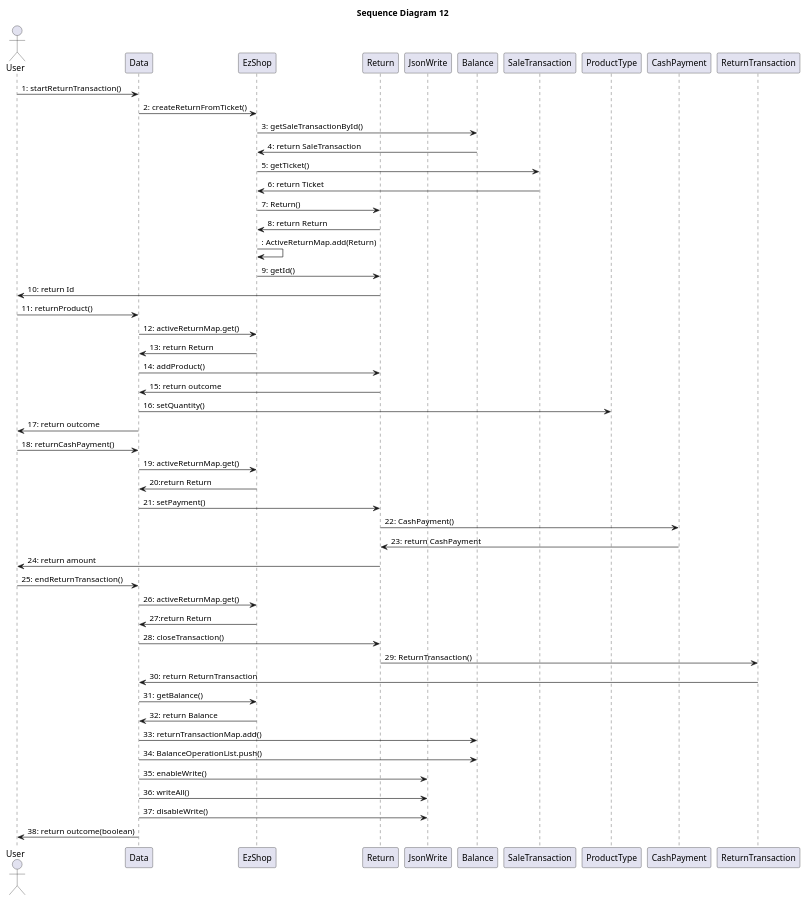
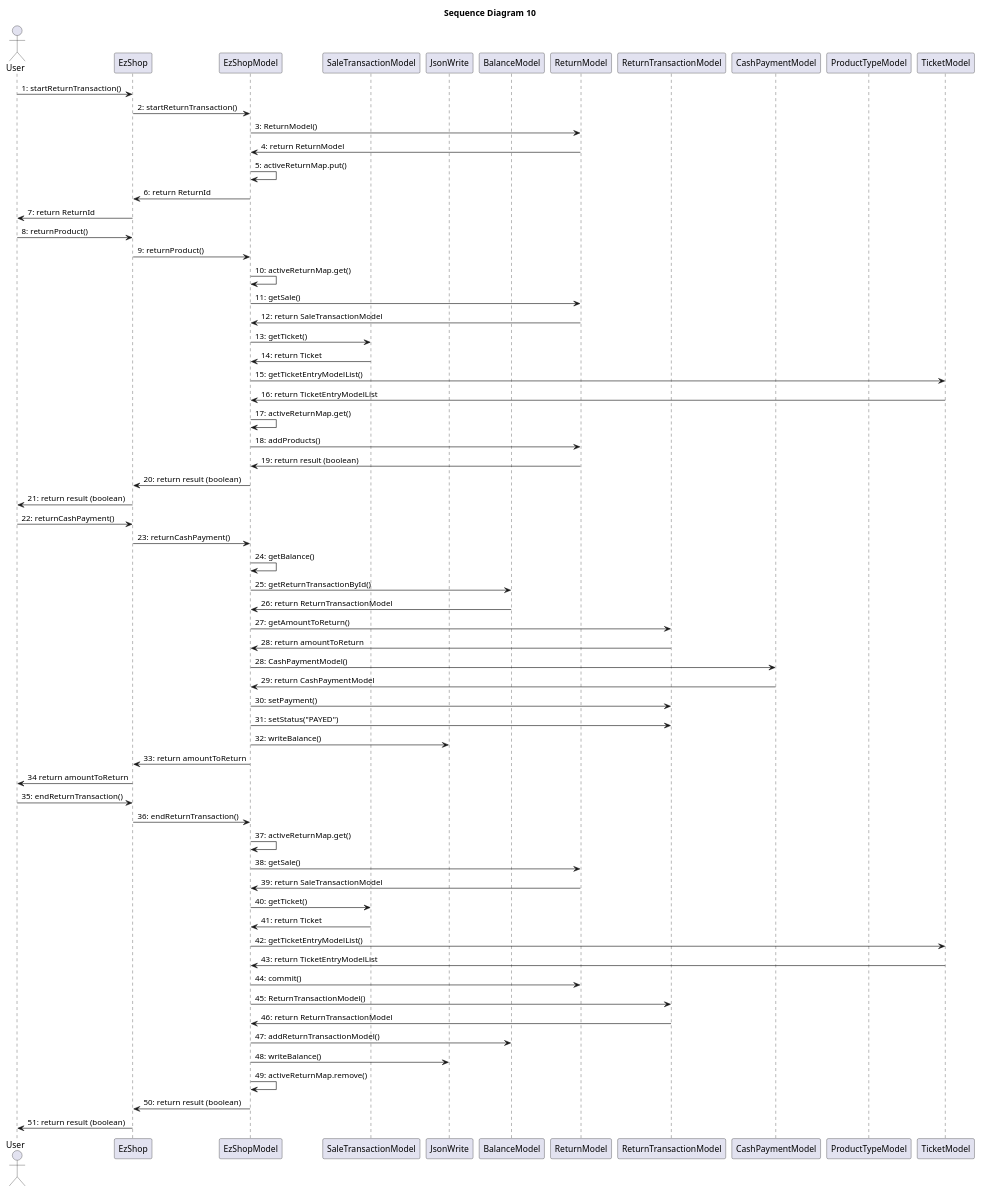
Before and after one commit to paolotron/EzshoProject31: diagram 14 of 15 in Deliverables/DesignDocument.md, drawn with PlantUML.

Commit message:
updating mostro3

````diff
--- a/Deliverables/DesignDocument.md
+++ b/Deliverables/DesignDocument.md
@@ -713,50 +713,72 @@
 ```plantuml
 @startuml
-title "Sequence Diagram 12"
+title "Sequence Diagram 10"
 actor User
-participant Data
-participant EzShop
-participant Return
+participant EzShop as E
+participant EzShopModel as EM
+participant SaleTransactionModel as SM
 participant JsonWrite as JW
+participant BalanceModel as B
+participant ReturnModel as R
+participant ReturnTransactionModel as RM
+participant CashPaymentModel as CM
+participant ProductTypeModel as PM
+participant TicketModel as T
 
-User -> Data: 1: startReturnTransaction()
-Data -> EzShop: 2: createReturnFromTicket()
-EzShop -> Balance: 3: getSaleTransactionById()
-Balance -> EzShop: 4: return SaleTransaction
-EzShop -> SaleTransaction: 5: getTicket()
-SaleTransaction -> EzShop: 6: return Ticket
-EzShop -> Return: 7: Return()
-Return -> EzShop: 8: return Return
-EzShop -> EzShop: : ActiveReturnMap.add(Return)
-EzShop -> Return: 9: getId()
-Return -> User: 10: return Id
-User -> Data: 11: returnProduct()
-Data -> EzShop: 12: activeReturnMap.get()
-EzShop -> Data: 13: return Return
-Data -> Return: 14: addProduct()
-Return -> Data: 15: return outcome
-Data -> ProductType: 16: setQuantity()
-Data -> User: 17: return outcome
-User -> Data: 18: returnCashPayment()
-Data -> EzShop: 19: activeReturnMap.get()
-EzShop -> Data: 20:return Return
-Data -> Return: 21: setPayment()
-Return -> CashPayment: 22: CashPayment()
-CashPayment -> Return: 23: return CashPayment
-Return -> User: 24: return amount
-User -> Data: 25: endReturnTransaction()
-Data -> EzShop: 26: activeReturnMap.get()
-EzShop -> Data: 27:return Return
-Data -> Return: 28: closeTransaction()
-Return -> ReturnTransaction: 29: ReturnTransaction()
-ReturnTransaction -> Data: 30: return ReturnTransaction
-Data -> EzShop: 31: getBalance()
-EzShop -> Data: 32: return Balance
-Data -> Balance: 33: returnTransactionMap.add()
-Data -> Balance: 34: BalanceOperationList.push()
-Data -> JW: 35: enableWrite()
-Data -> JW: 36: writeAll()
-Data -> JW: 37: disableWrite()
-Data -> User: 38: return outcome(boolean)
+User -> E: 1: startReturnTransaction()
+E -> EM: 2: startReturnTransaction()
+EM -> R: 3: ReturnModel()
+R -> EM: 4: return ReturnModel
+EM -> EM: 5: activeReturnMap.put()
+EM -> E: 6: return ReturnId
+E -> User: 7: return ReturnId
+User -> E: 8: returnProduct()
+E -> EM: 9: returnProduct()
+EM->EM: 10: activeReturnMap.get()
+EM->R: 11: getSale()
+R->EM: 12: return SaleTransactionModel
+EM->SM: 13: getTicket()
+SM->EM: 14: return Ticket
+EM->T: 15: getTicketEntryModelList()
+T->EM: 16: return TicketEntryModelList
+EM->EM: 17: activeReturnMap.get()
+EM->R: 18: addProducts()
+R->EM: 19: return result (boolean)
+EM->E: 20: return result (boolean)
+E->User: 21: return result (boolean)
+User -> E: 22: returnCashPayment()
+E->EM: 23: returnCashPayment()
+EM -> EM: 24: getBalance()
+EM -> B: 25: getReturnTransactionById()
+B->EM: 26: return ReturnTransactionModel
+EM->RM: 27: getAmountToReturn()
+RM->EM: 28: return amountToReturn
+EM -> CM: 28: CashPaymentModel()
+CM -> EM: 29: return CashPaymentModel
+EM->RM: 30: setPayment()
+EM->RM: 31: setStatus("PAYED")
+EM->JW: 32: writeBalance()
+EM->E: 33: return amountToReturn
+E->User: 34 return amountToReturn
+
+User -> E: 35: endReturnTransaction()
+E -> EM: 36: endReturnTransaction()
+EM -> EM: 37: activeReturnMap.get()
+EM->R: 38: getSale()
+R->EM: 39: return SaleTransactionModel
+EM->SM: 40: getTicket()
+SM->EM: 41: return Ticket
+EM->T: 42: getTicketEntryModelList()
+T->EM: 43: return TicketEntryModelList
+EM->R: 44: commit()
+EM->RM: 45: ReturnTransactionModel()
+RM->EM: 46: return ReturnTransactionModel
+EM -> B: 47: addReturnTransactionModel()
+EM->JW: 48: writeBalance()
+EM->EM: 49: activeReturnMap.remove()
+EM->E: 50: return result (boolean)
+E->User: 51: return result (boolean)
+
+
 @enduml
 ```
````
